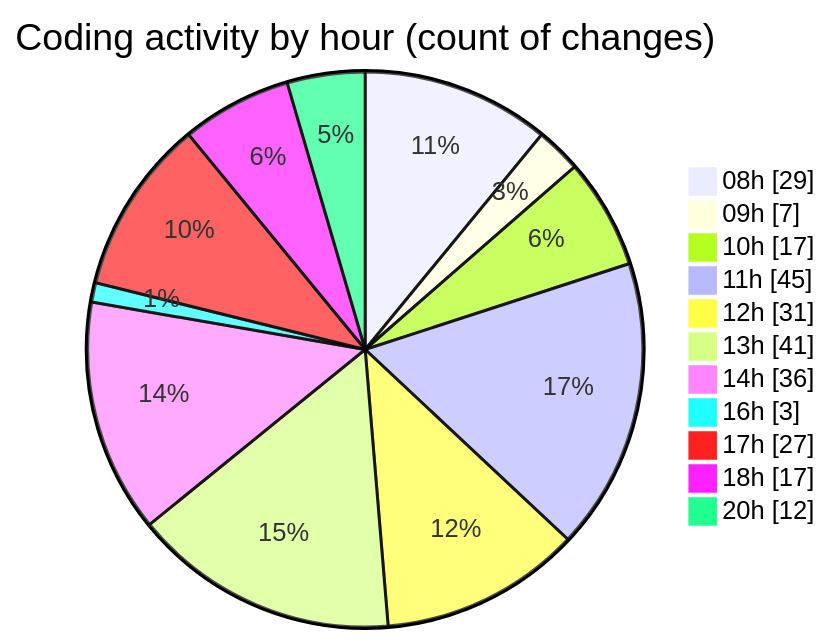
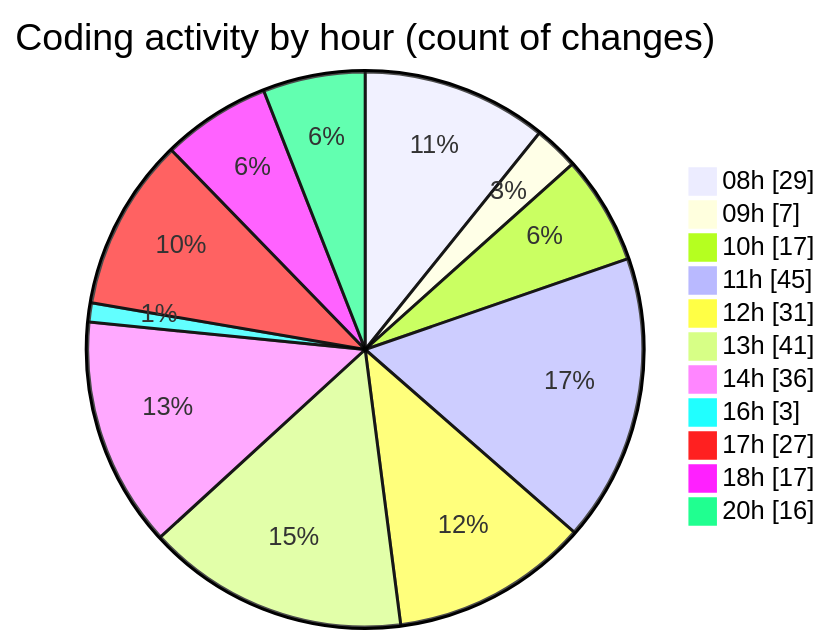
Before and after one commit to momahboobian/code-tracking: the second of 2 diagrams in 2025-04-09/cda/README.md, drawn with Mermaid. The commit also changed other lines of this file and 1 other file, not shown here.

````diff
--- a/2025-04-09/cda/README.md
+++ b/2025-04-09/cda/README.md
@@ -63,15 +63,15 @@
 ```mermaid
 pie showData
 title Coding activity by hour (count of changes)
 "08h" : 29
 "09h" : 7
 "10h" : 17
 "11h" : 45
 "12h" : 31
 "13h" : 41
 "14h" : 36
 "16h" : 3
 "17h" : 27
 "18h" : 17
-"20h" : 12
+"20h" : 16
 ```
````
